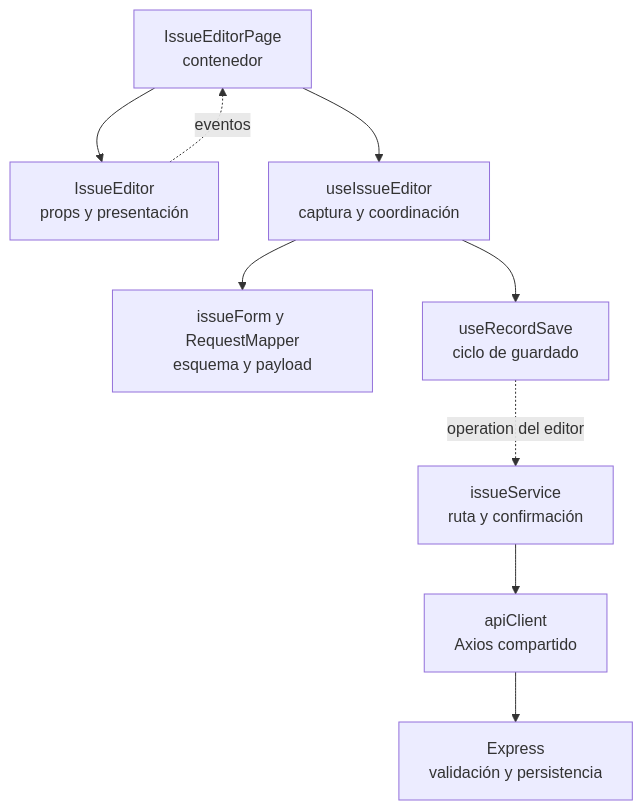
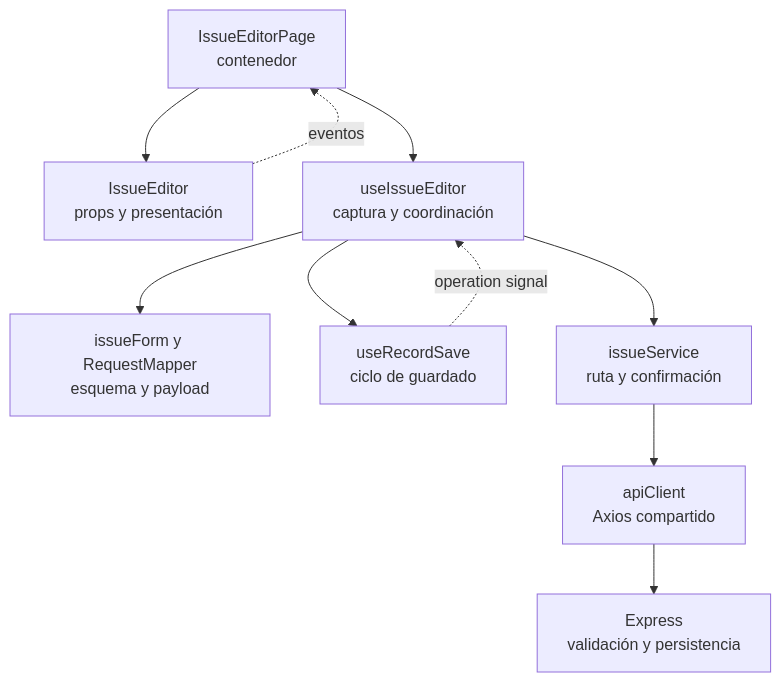
The first of 3 diagrams in front/docs/architecture/views/development/design-and-construction-patterns/08-document-responsibilities.md (gpgsistemas01/nexus), drawn with Mermaid before and after one commit. The commit also changed other lines of this file and 227 other files, not shown here.

````diff
--- a/front/docs/architecture/views/development/design-and-construction-patterns/08-document-responsibilities.md
+++ b/front/docs/architecture/views/development/design-and-construction-patterns/08-document-responsibilities.md
@@ -72,11 +57,12 @@
 ```mermaid
 flowchart TB
     page["IssueEditorPage<br/>contenedor"] --> ui["IssueEditor<br/>props y presentación"]
     ui -.->|eventos| page
     page --> editor["useIssueEditor<br/>captura y coordinación"]
     editor --> rules["issueForm y RequestMapper<br/>esquema y payload"]
     editor --> save["useRecordSave<br/>ciclo de guardado"]
-    save -.->|operation del editor| service["issueService<br/>ruta y confirmación"]
+    save -.->|operation signal| editor
+    editor --> service["issueService<br/>ruta y confirmación"]
     service --> http["apiClient<br/>Axios compartido"]
     http --> api["Express<br/>validación y persistencia"]
 ```
````
